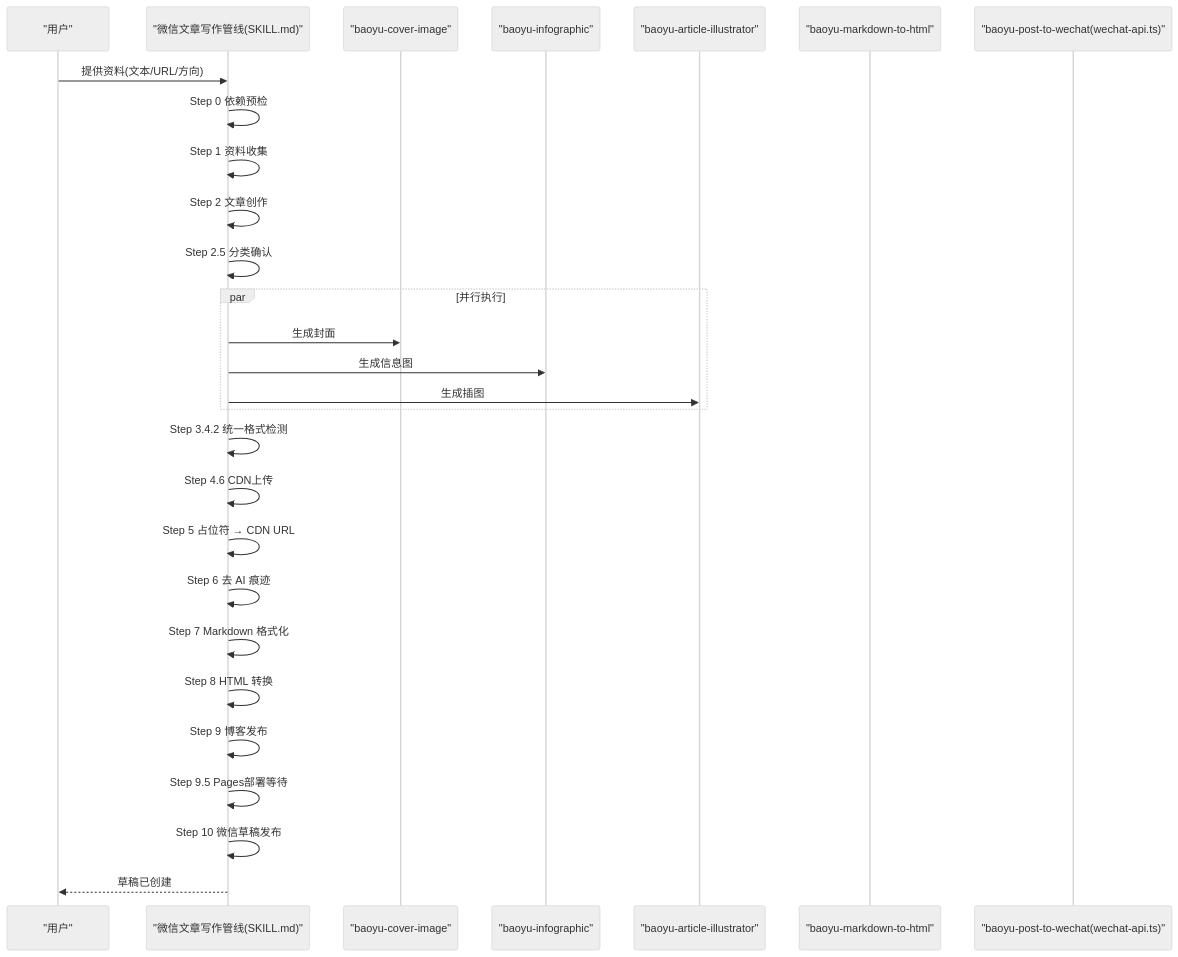
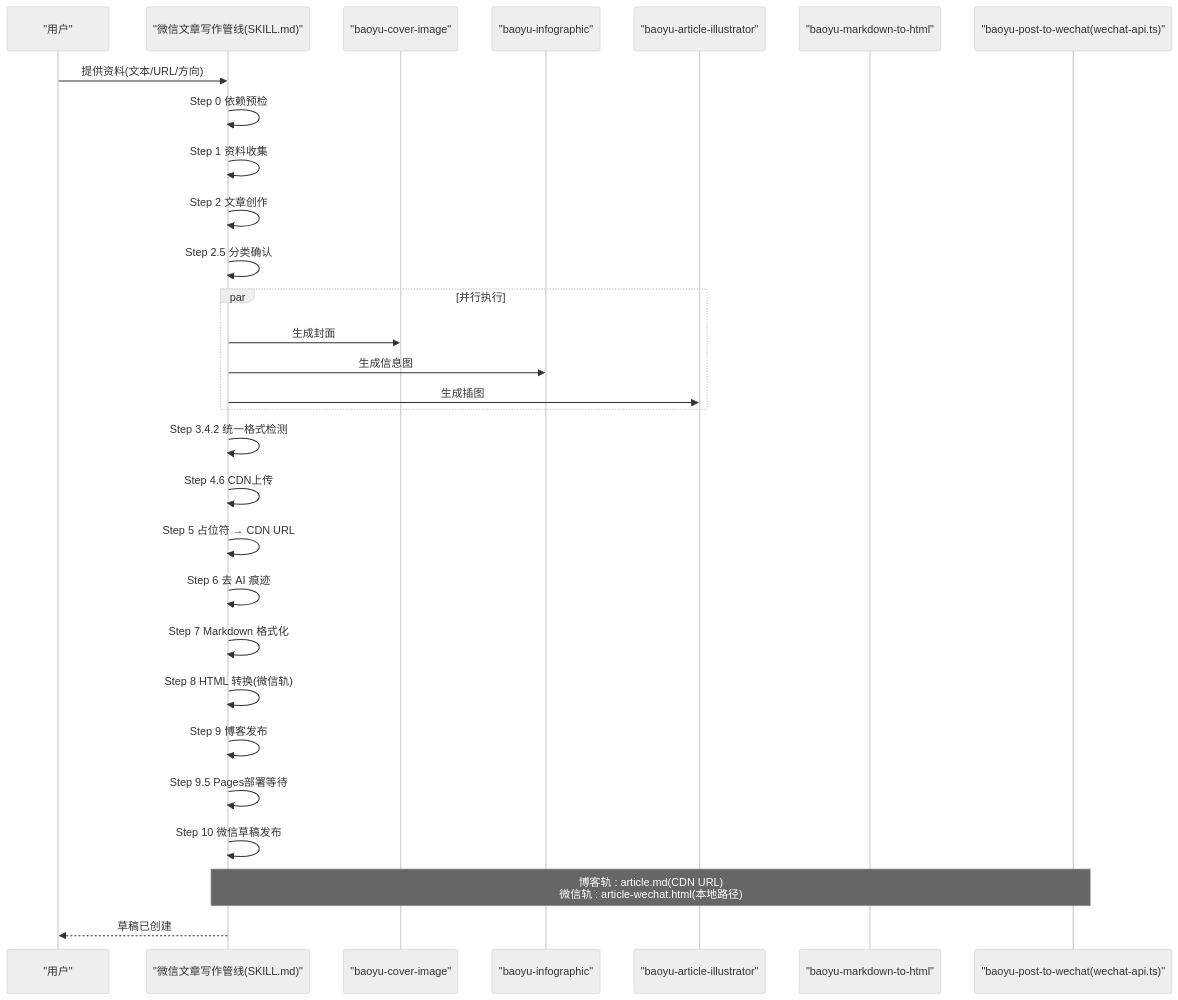
One commit to NTLx/ntlx.github.io changed the second of 9 diagrams in .qoder/repowiki/zh/content/AI 技能系统/发布自动化技能/微信文章写作管线.md. Above: the diagram before and after it, drawn with Mermaid (neutral theme). The commit also changed other lines of this file and 3 other files, not shown here.

First line of the commit message:
refactor(wechat-article-write): 实施双轨分离取消CDN降级

````diff
--- a/.qoder/repowiki/zh/content/AI 技能系统/发布自动化技能/微信文章写作管线.md
+++ b/.qoder/repowiki/zh/content/AI 技能系统/发布自动化技能/微信文章写作管线.md
@@ -121,30 +127,31 @@
 ```mermaid
 sequenceDiagram
 participant U as "用户"
 participant W as "微信文章写作管线(SKILL.md)"
 participant C as "baoyu-cover-image"
 participant I as "baoyu-infographic"
 participant L as "baoyu-article-illustrator"
 participant H as "baoyu-markdown-to-html"
 participant P as "baoyu-post-to-wechat(wechat-api.ts)"
 U->>W : 提供资料(文本/URL/方向)
 W->>W : Step 0 依赖预检
 W->>W : Step 1 资料收集
 W->>W : Step 2 文章创作
 W->>W : Step 2.5 分类确认
 par 并行执行
 W->>C : 生成封面
 W->>I : 生成信息图
 W->>L : 生成插图
 end
 W->>W : Step 3.4.2 统一格式检测
 W->>W : Step 4.6 CDN上传
 W->>W : Step 5 占位符 → CDN URL
 W->>W : Step 6 去 AI 痕迹
 W->>W : Step 7 Markdown 格式化
-W->>W : Step 8 HTML 转换
+W->>W : Step 8 HTML 转换(微信轨)
 W->>W : Step 9 博客发布
 W->>W : Step 9.5 Pages部署等待
 W->>W : Step 10 微信草稿发布
+Note over W,P : 博客轨 : article.md(CDN URL)<br/>微信轨 : article-wechat.html(本地路径)
 W-->>U : 草稿已创建
 ```
````
